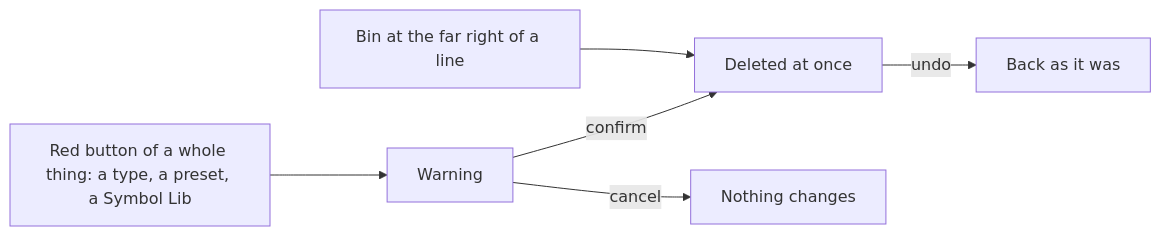
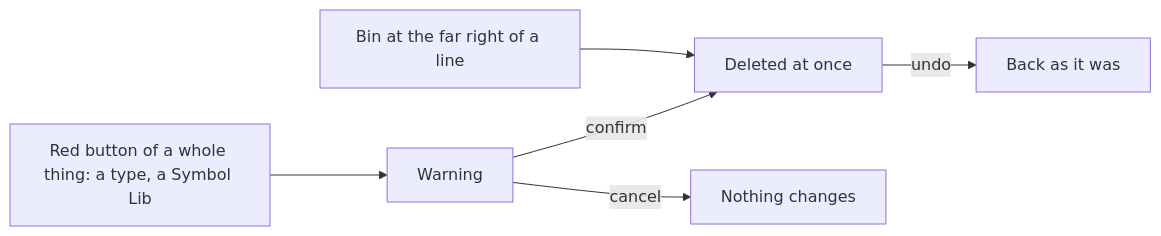
The fourth of 7 diagrams in screens/README.md (AlexandreGallais/synoptic-studio-spec), drawn with Mermaid before and after one commit. The commit also changed other lines of this file and 65 other files, not shown here.

````diff
--- a/screens/README.md
+++ b/screens/README.md
@@ -116,8 +116,8 @@
 ```mermaid
 flowchart LR
     L["Bin at the far right of a line"] --> D["Deleted at once"]
-    R["Red button of a whole thing: a type, a preset, a Symbol Lib"] --> W["Warning"]
+    R["Red button of a whole thing: a type, a Symbol Lib"] --> W["Warning"]
     W -->|"confirm"| D
     W -->|"cancel"| K["Nothing changes"]
     D -->|"undo"| U["Back as it was"]
 ```
````
